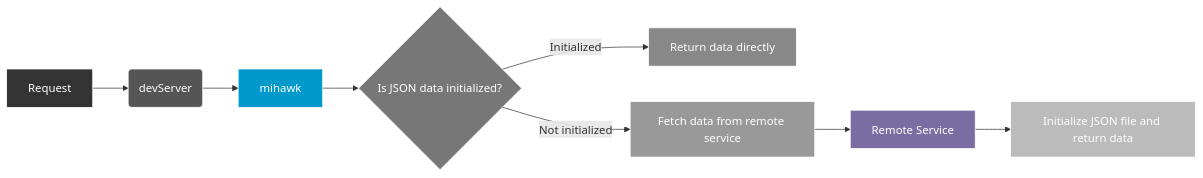
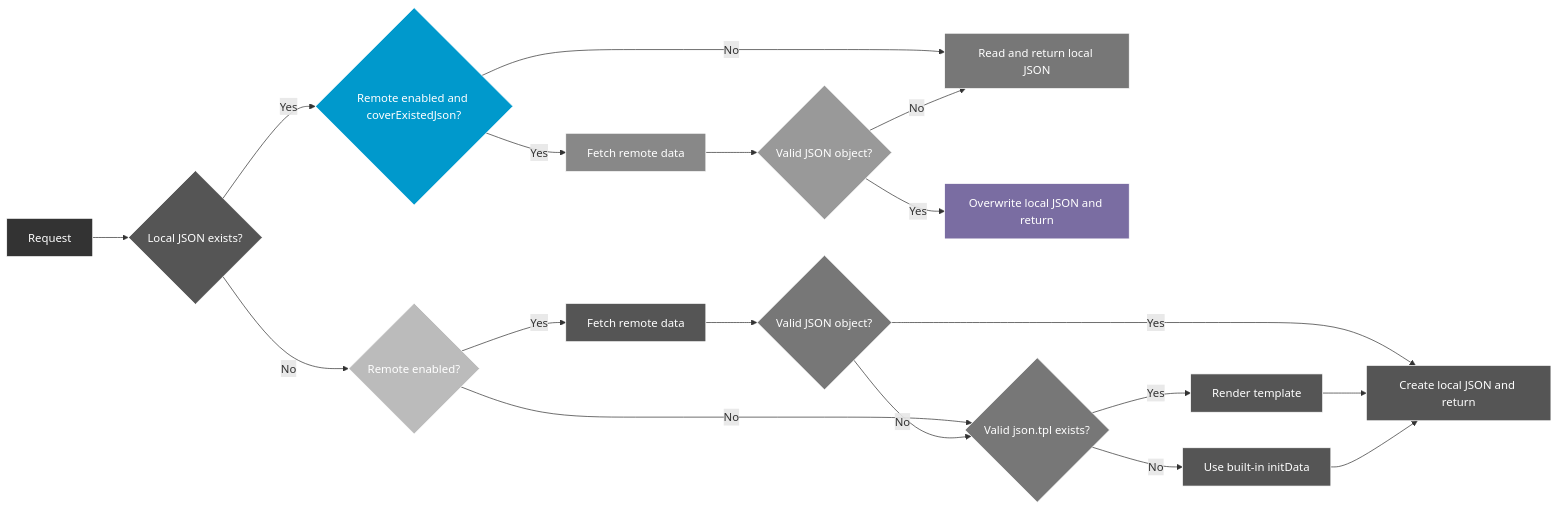
The diagram in docs/fallback-remote.md (Froguard/mihawk), drawn with Mermaid before and after one commit. The commit also changed other lines of this file and 19 other files, not shown here.

````diff
--- a/docs/fallback-remote.md
+++ b/docs/fallback-remote.md
@@ -3,25 +3,35 @@
 ```mermaid
 graph LR
-    A[Request] --> B(devServer)
-    B --> C[mihawk]
-    C --> D{Is JSON data initialized?}
-    D -- Initialized --> E[Return data directly]
-    D -- Not initialized --> F[Fetch data from remote service]
-    F --> G[Remote Service]
-    G --> H[Initialize JSON file and return data]
+    A[Request] --> B{Local JSON exists?}
+    B -- Yes --> C{Remote enabled and coverExistedJson?}
+    C -- No --> D[Read and return local JSON]
+    C -- Yes --> E[Fetch remote data]
+    E --> F{Valid JSON object?}
+    F -- Yes --> G[Overwrite local JSON and return]
+    F -- No --> D
+    B -- No --> H{Remote enabled?}
+    H -- Yes --> I[Fetch remote data]
+    H -- No --> K{Valid json.tpl exists?}
+    I --> J{Valid JSON object?}
+    J -- Yes --> L[Create local JSON and return]
+    J -- No --> K
+    K -- Yes --> M[Render template]
+    K -- No --> N[Use built-in initData]
+    M --> L
+    N --> L
 
     style A fill:#333,stroke:#fff,color:#fff
     style B fill:#555,stroke:#fff,color:#fff
     style C fill:#09c,stroke:#fff,color:#fff
     style D fill:#777,stroke:#fff,color:#fff
     style E fill:#888,stroke:#fff,color:#fff
     style F fill:#999,stroke:#fff,color:#fff
     style G fill:#7a6da2,stroke:#fff,color:#fff
     style H fill:#bbb,stroke:#fff,color:#fff
 
     classDef step fill:#555,stroke:#fff,color:#fff;
     classDef decision fill:#777,stroke:#fff,color:#fff;
 
-    class A,F,G,H step
-    class D decision
+    class A,D,E,G,I,L,M,N step
+    class B,C,F,H,J,K decision
 ```
````
